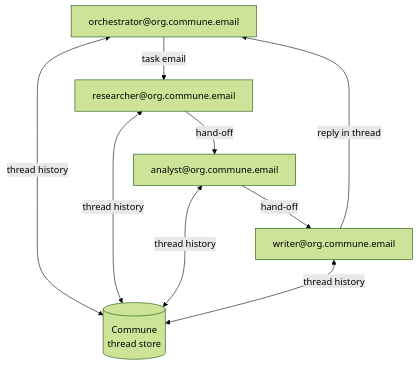
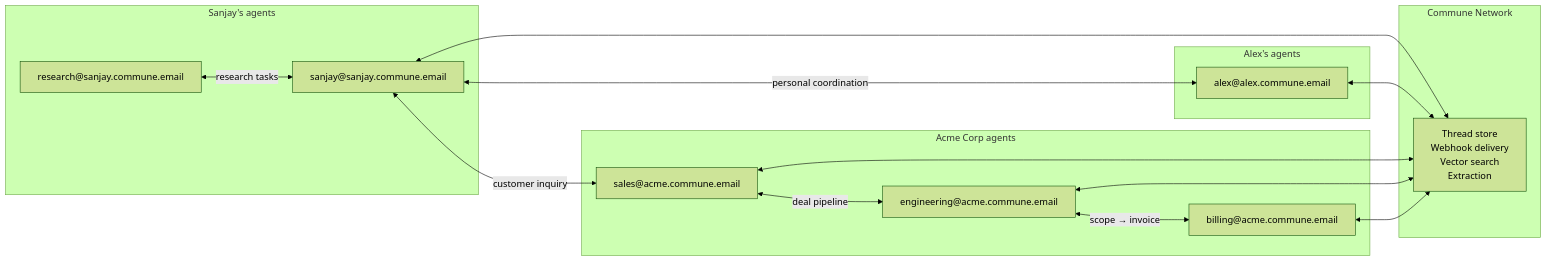
Before and after one commit to shanjairaj7/email-for-agents: the diagram in agent-to-agent/README.md, drawn with Mermaid (forest theme). The commit also changed other lines of this file, not shown here.

````diff
--- a/agent-to-agent/README.md
+++ b/agent-to-agent/README.md
@@ -142,17 +188,26 @@
 ```mermaid
-flowchart TD
-    O["orchestrator@org.commune.email"]
-    R["researcher@org.commune.email"]
-    A["analyst@org.commune.email"]
-    W["writer@org.commune.email"]
+graph LR
+    subgraph "Sanjay's agents"
+        S1["sanjay@sanjay.commune.email"]
+        S2["research@sanjay.commune.email"]
+    end
+    subgraph "Alex's agents"
+        A1["alex@alex.commune.email"]
+    end
+    subgraph "Acme Corp agents"
+        C1["sales@acme.commune.email"]
+        C2["engineering@acme.commune.email"]
+        C3["billing@acme.commune.email"]
+    end
+    subgraph "Commune Network"
+        N["Thread store\nWebhook delivery\nVector search\nExtraction"]
+    end
 
-    O -->|"task email"| R
-    R -->|"hand-off"| A
-    A -->|"hand-off"| W
-    W -->|"reply in thread"| O
+    S1 <-->|"personal coordination"| A1
+    S2 <-->|"research tasks"| S1
+    C1 <-->|"deal pipeline"| C2
+    C2 <-->|"scope → invoice"| C3
+    S1 <-->|"customer inquiry"| C1
 
-    O <-->|"thread history"| Commune[("Commune\nthread store")]
-    R <-->|"thread history"| Commune
-    A <-->|"thread history"| Commune
-    W <-->|"thread history"| Commune
+    S1 & A1 & C1 & C2 & C3 <--> N
 ```
````
